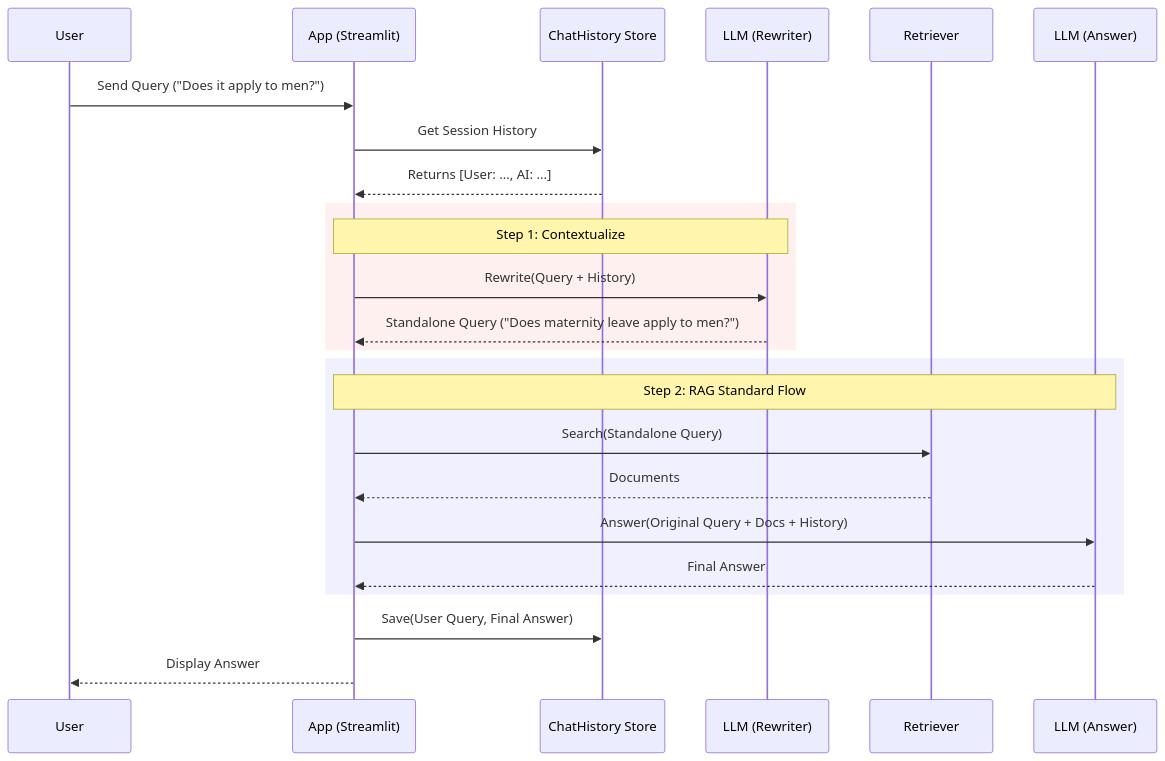
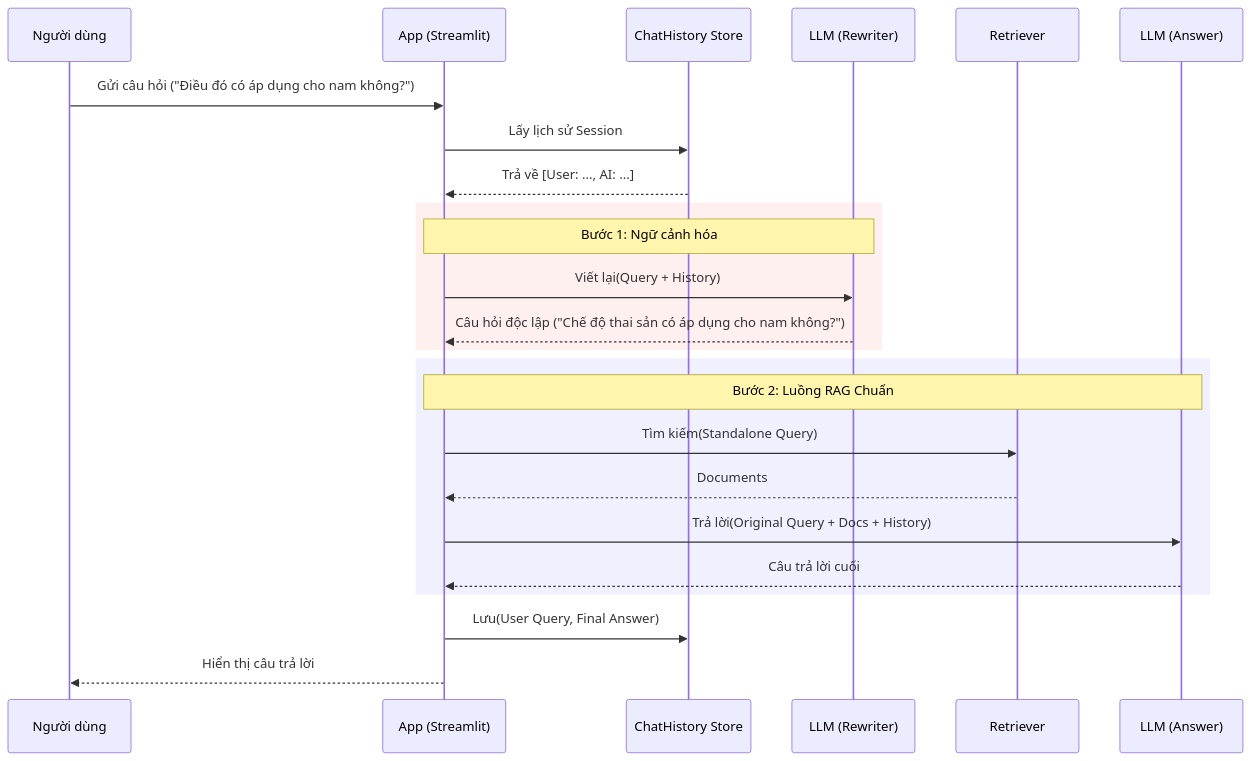
The diagram in docs/archive_design_notes/Designing_Context_Memory.md (doananhhung/chat-bot-law), drawn with Mermaid before and after one commit. The commit also changed other lines of this file and 14 other files, not shown here.

First line of the commit message:
docs: enhance documentation with Mermaid diagrams and Vietnamese translation

````diff
--- a/docs/archive_design_notes/Designing_Context_Memory.md
+++ b/docs/archive_design_notes/Designing_Context_Memory.md
@@ -27,31 +14,30 @@
 ```mermaid
-%%{init: {'theme': 'default', 'themeVariables': { 'background': '#ffffff' }}}%%
 sequenceDiagram
-    participant User
+    participant U as Người dùng
     participant App as App (Streamlit)
     participant Memory as ChatHistory Store
     participant Rewriter as LLM (Rewriter)
-    participant Retriever
+    participant Retriever as Retriever
     participant Generator as LLM (Answer)
 
-    User->>App: Send Query ("Does it apply to men?")
-    App->>Memory: Get Session History
-    Memory-->>App: Returns [User: ..., AI: ...]
-    
+    U->>App: Gửi câu hỏi ("Điều đó có áp dụng cho nam không?")
+    App->>Memory: Lấy lịch sử Session
+    Memory-->>App: Trả về [User: ..., AI: ...]
+
     rect rgb(255, 240, 240)
-        Note over App, Rewriter: Step 1: Contextualize
-        App->>Rewriter: Rewrite(Query + History)
-        Rewriter-->>App: Standalone Query ("Does maternity leave apply to men?")
-    end
-    
-    rect rgb(240, 240, 255)
-        Note over App, Generator: Step 2: RAG Standard Flow
-        App->>Retriever: Search(Standalone Query)
-        Retriever-->>App: Documents
-        App->>Generator: Answer(Original Query + Docs + History)
-        Generator-->>App: Final Answer
+        Note over App, Rewriter: Bước 1: Ngữ cảnh hóa
+        App->>Rewriter: Viết lại(Query + History)
+        Rewriter-->>App: Câu hỏi độc lập ("Chế độ thai sản có áp dụng cho nam không?")
     end
 
-    App->>Memory: Save(User Query, Final Answer)
-    App-->>User: Display Answer
+    rect rgb(240, 240, 255)
+        Note over App, Generator: Bước 2: Luồng RAG Chuẩn
+        App->>Retriever: Tìm kiếm(Standalone Query)
+        Retriever-->>App: Documents
+        App->>Generator: Trả lời(Original Query + Docs + History)
+        Generator-->>App: Câu trả lời cuối
+    end
+
+    App->>Memory: Lưu(User Query, Final Answer)
+    App-->>U: Hiển thị câu trả lời
 ```
````
